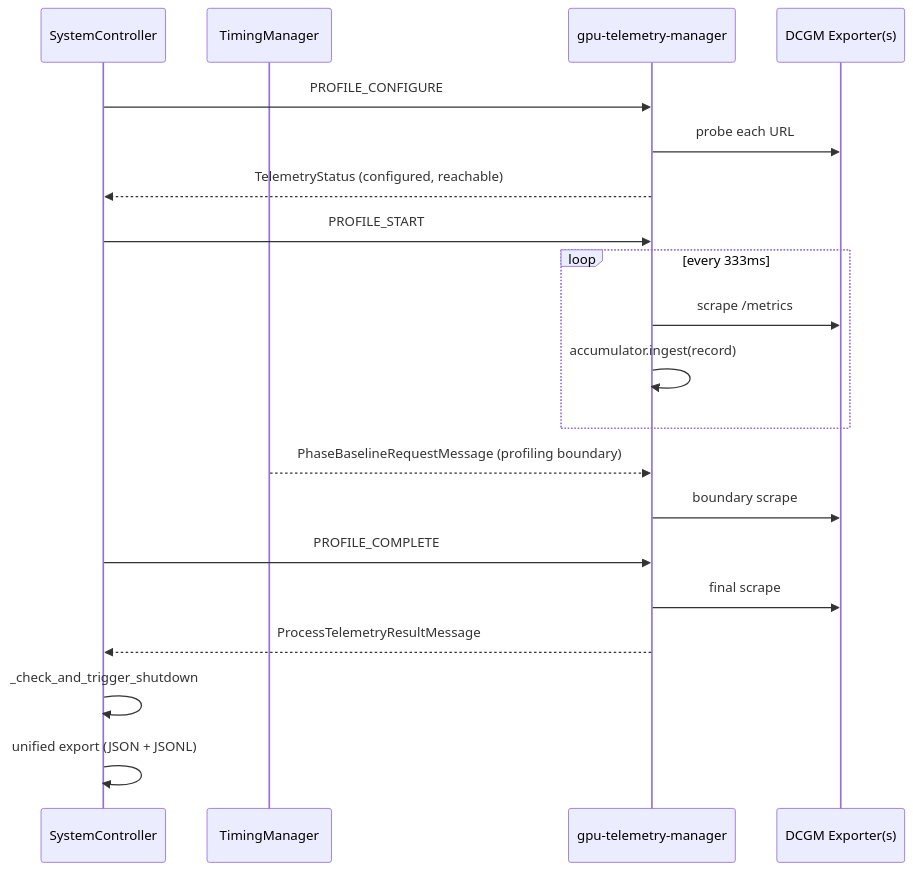
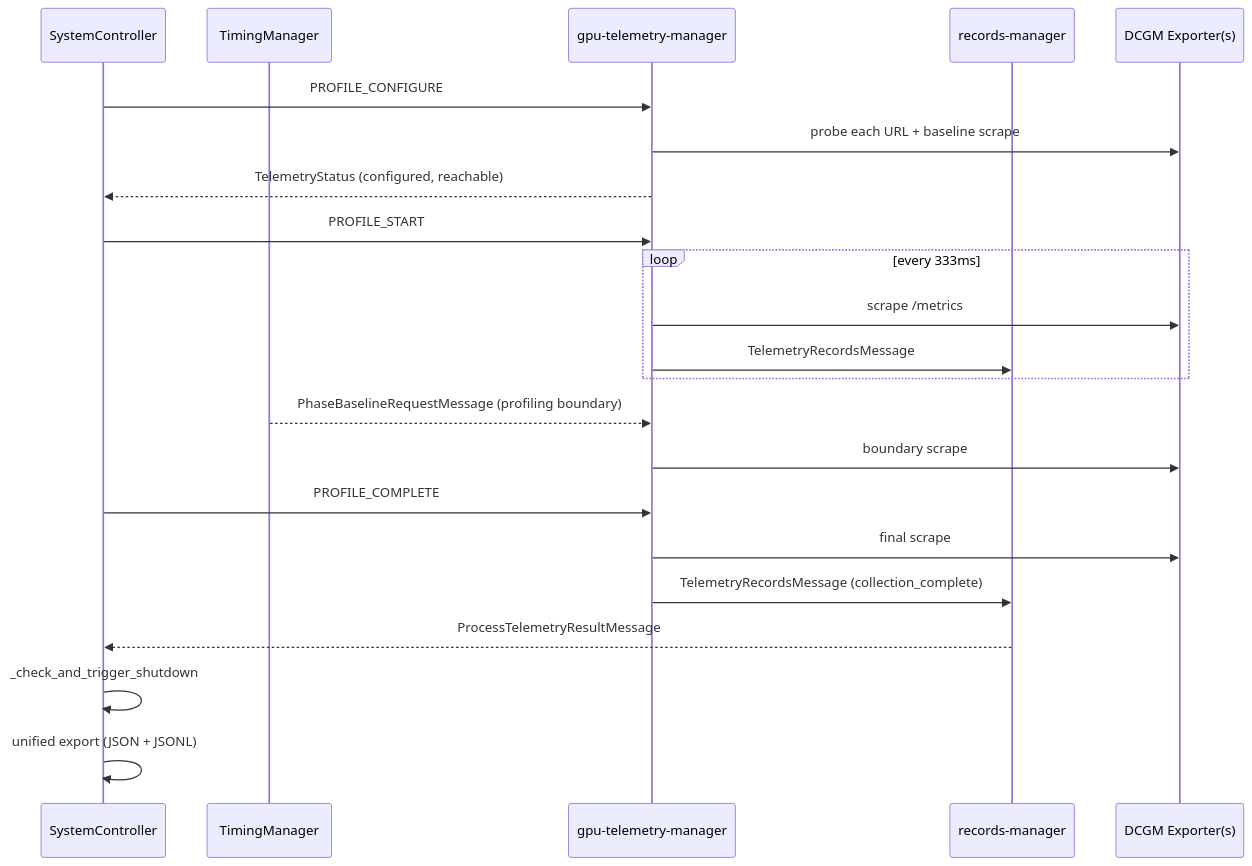
The diagram in docs/kubernetes/gpu-telemetry.md (ai-dynamo/aiperf), drawn with Mermaid before and after one commit. The commit also changed other lines of this file and 44 other files, not shown here.

````diff
--- a/docs/kubernetes/gpu-telemetry.md
+++ b/docs/kubernetes/gpu-telemetry.md
@@ -136,23 +150,25 @@
 ```mermaid
 sequenceDiagram
     participant SC as SystemController
     participant TM as TimingManager
     participant GM as gpu-telemetry-manager
+    participant RM as records-manager
     participant DCGM as DCGM Exporter(s)
 
     SC->>GM: PROFILE_CONFIGURE
-    GM->>DCGM: probe each URL
+    GM->>DCGM: probe each URL + baseline scrape
     GM-->>SC: TelemetryStatus (configured, reachable)
     SC->>GM: PROFILE_START
     loop every 333ms
         GM->>DCGM: scrape /metrics
-        GM->>GM: accumulator.ingest(record)
+        GM->>RM: TelemetryRecordsMessage
     end
     TM-->>GM: PhaseBaselineRequestMessage (profiling boundary)
     GM->>DCGM: boundary scrape
     SC->>GM: PROFILE_COMPLETE
     GM->>DCGM: final scrape
-    GM-->>SC: ProcessTelemetryResultMessage
+    GM->>RM: TelemetryRecordsMessage (collection_complete)
+    RM-->>SC: ProcessTelemetryResultMessage
     SC->>SC: _check_and_trigger_shutdown
     SC->>SC: unified export (JSON + JSONL)
 ```
````
